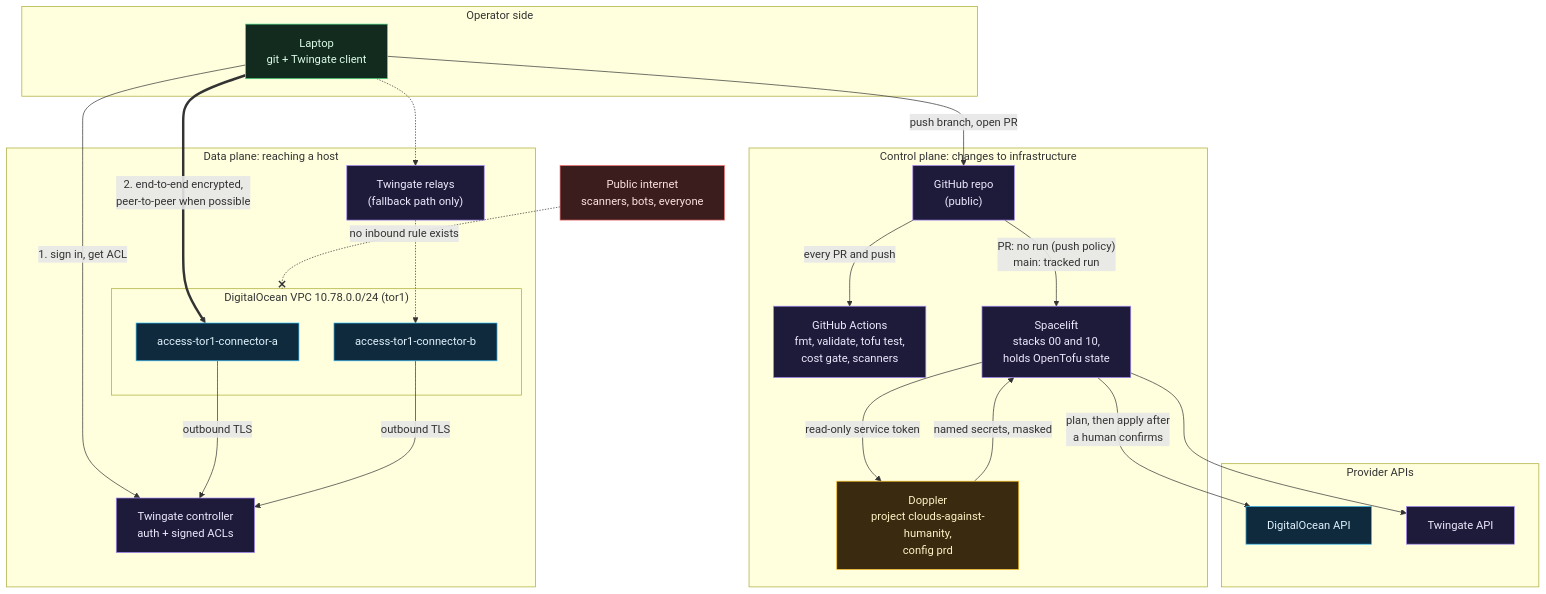
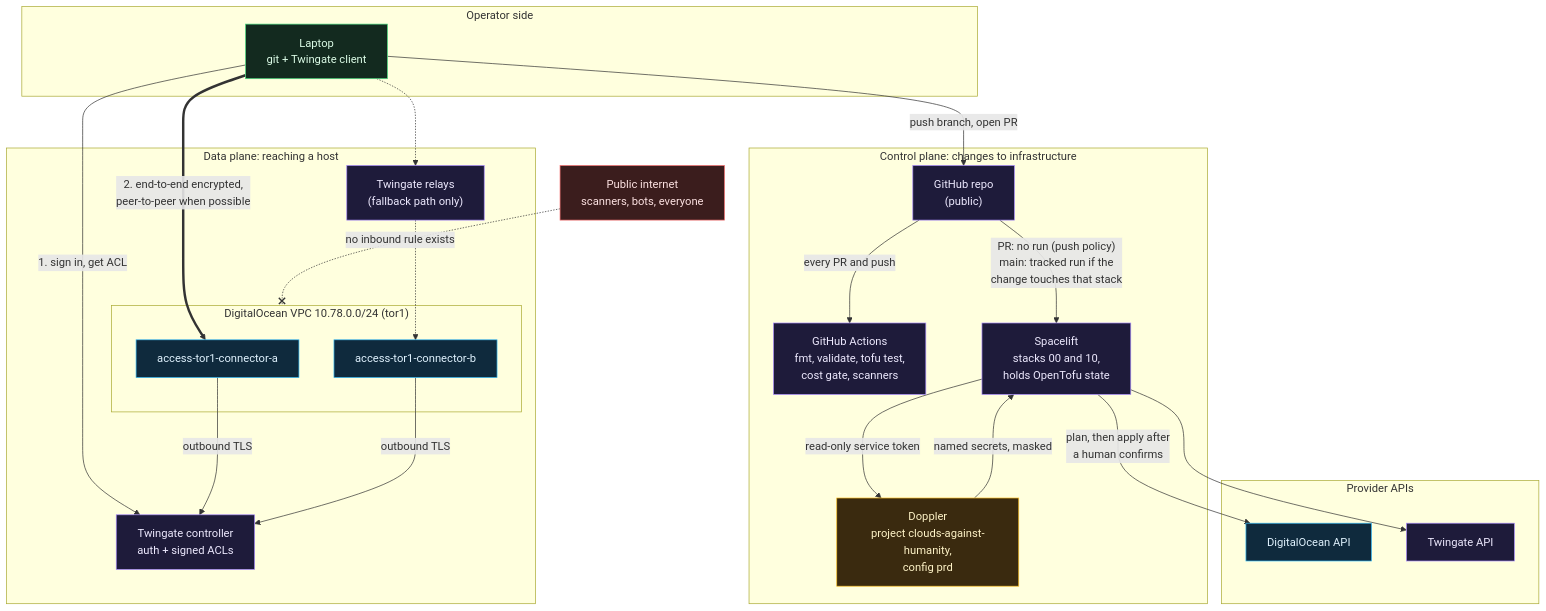
The first of 4 diagrams in docs/wiki/Architecture-Overview.md (ChiefGyk3D/Clouds-Against-Humanity), drawn with Mermaid before and after one commit. The commit also changed 11 other files, not shown here.

````diff
--- a/docs/wiki/Architecture-Overview.md
+++ b/docs/wiki/Architecture-Overview.md
@@ -14,51 +14,51 @@
 ```mermaid
 flowchart TB
     subgraph operator["Operator side"]
         dev["Laptop<br/>git + Twingate client"]:::you
     end
 
     subgraph control["Control plane: changes to infrastructure"]
         gh["GitHub repo<br/>(public)"]:::ctrl
         ci["GitHub Actions<br/>fmt, validate, tofu test,<br/>cost gate, scanners"]:::ctrl
         sl["Spacelift<br/>stacks 00 and 10,<br/>holds OpenTofu state"]:::ctrl
         dp["Doppler<br/>project clouds-against-humanity,<br/>config prd"]:::secret
     end
 
     subgraph apis["Provider APIs"]
         doapi["DigitalOcean API"]:::cloud
         tgapi["Twingate API"]:::ctrl
     end
 
     subgraph dataplane["Data plane: reaching a host"]
         tgc["Twingate controller<br/>auth + signed ACLs"]:::ctrl
         relay["Twingate relays<br/>(fallback path only)"]:::ctrl
         subgraph vpc["DigitalOcean VPC 10.78.0.0/24 (tor1)"]
             ca["access-tor1-connector-a"]:::cloud
             cb["access-tor1-connector-b"]:::cloud
         end
     end
 
     internet["Public internet<br/>scanners, bots, everyone"]:::ext
 
     dev -- "push branch, open PR" --> gh
     gh -- "every PR and push" --> ci
-    gh -- "PR: no run (push policy)<br/>main: tracked run" --> sl
+    gh -- "PR: no run (push policy)<br/>main: tracked run if the<br/>change touches that stack" --> sl
     sl -- "read-only service token" --> dp
     dp -- "named secrets, masked" --> sl
     sl -- "plan, then apply after<br/>a human confirms" --> doapi
     sl --> tgapi
 
     dev -- "1. sign in, get ACL" --> tgc
     ca -- "outbound TLS" --> tgc
     cb -- "outbound TLS" --> tgc
     dev == "2. end-to-end encrypted,<br/>peer-to-peer when possible" ==> ca
     dev -.-> relay -.-> cb
 
     internet -. "no inbound rule exists" .-x vpc
 
     classDef you fill:#132a1f,stroke:#4ade80,color:#dcfce7
     classDef ext fill:#3b1d1d,stroke:#f87171,color:#fde2e2
     classDef ctrl fill:#1e1b3a,stroke:#a78bfa,color:#ede9fe
     classDef cloud fill:#0f2a3d,stroke:#38bdf8,color:#e0f2fe
     classDef secret fill:#3a2a0f,stroke:#fbbf24,color:#fef3c7
 ```
````
